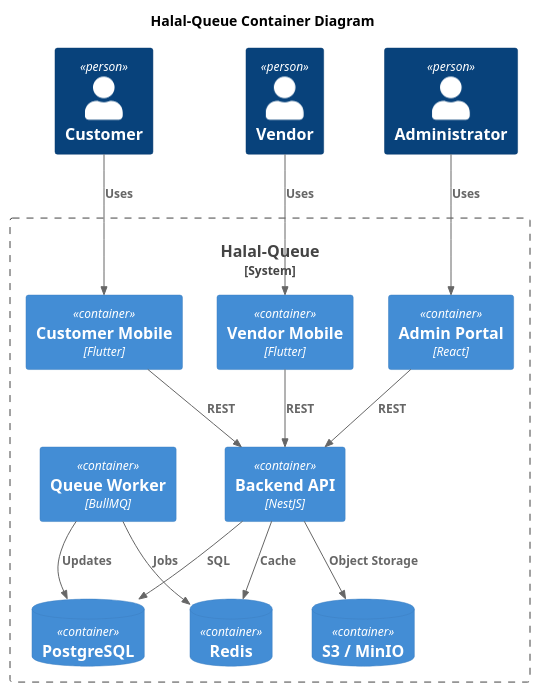
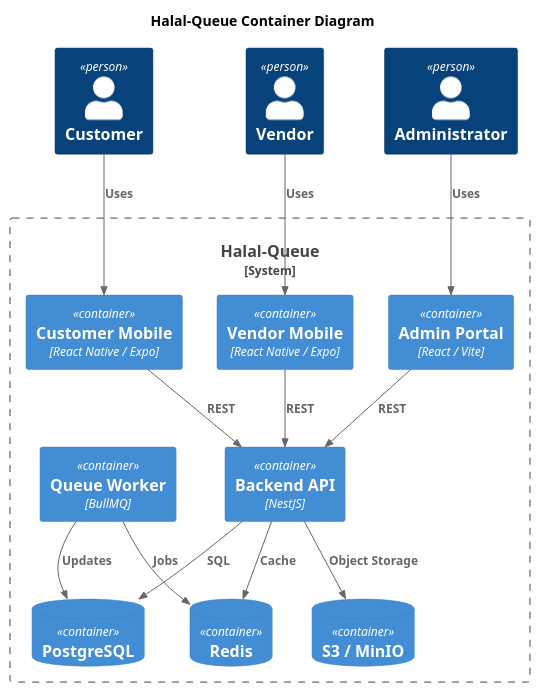
Before and after one commit to fsdevriver/halal-queue-docs: the diagram in diagrams/c4/container.puml, drawn with PlantUML. The commit also changed 159 other files, not shown here.

```diff
--- a/diagrams/c4/container.puml
+++ b/diagrams/c4/container.puml
@@ -1,39 +1,39 @@
 @startuml
 !include https://raw.githubusercontent.com/plantuml-stdlib/C4-PlantUML/master/C4_Container.puml
 
 title Halal-Queue Container Diagram
 
 Person(customer, Customer)
 Person(vendor, Vendor)
 Person(admin, Administrator)
 
 System_Boundary(system,"Halal-Queue") {
 
-Container(customerApp,"Customer Mobile","Flutter")
-Container(vendorApp,"Vendor Mobile","Flutter")
-Container(adminPortal,"Admin Portal","React")
+Container(customerApp,"Customer Mobile","React Native / Expo")
+Container(vendorApp,"Vendor Mobile","React Native / Expo")
+Container(adminPortal,"Admin Portal","React / Vite")
 Container(api,"Backend API","NestJS")
 Container(worker,"Queue Worker","BullMQ")
 
 ContainerDb(postgres,"PostgreSQL")
 ContainerDb(redis,"Redis")
 ContainerDb(storage,"S3 / MinIO")
 
 }
 
 Rel(customer,customerApp,"Uses")
 Rel(vendor,vendorApp,"Uses")
 Rel(admin,adminPortal,"Uses")
 
 Rel(customerApp,api,"REST")
 Rel(vendorApp,api,"REST")
 Rel(adminPortal,api,"REST")
 
 Rel(api,postgres,"SQL")
 Rel(api,redis,"Cache")
 Rel(api,storage,"Object Storage")
 
 Rel(worker,redis,"Jobs")
 Rel(worker,postgres,"Updates")
 
 @enduml
```
